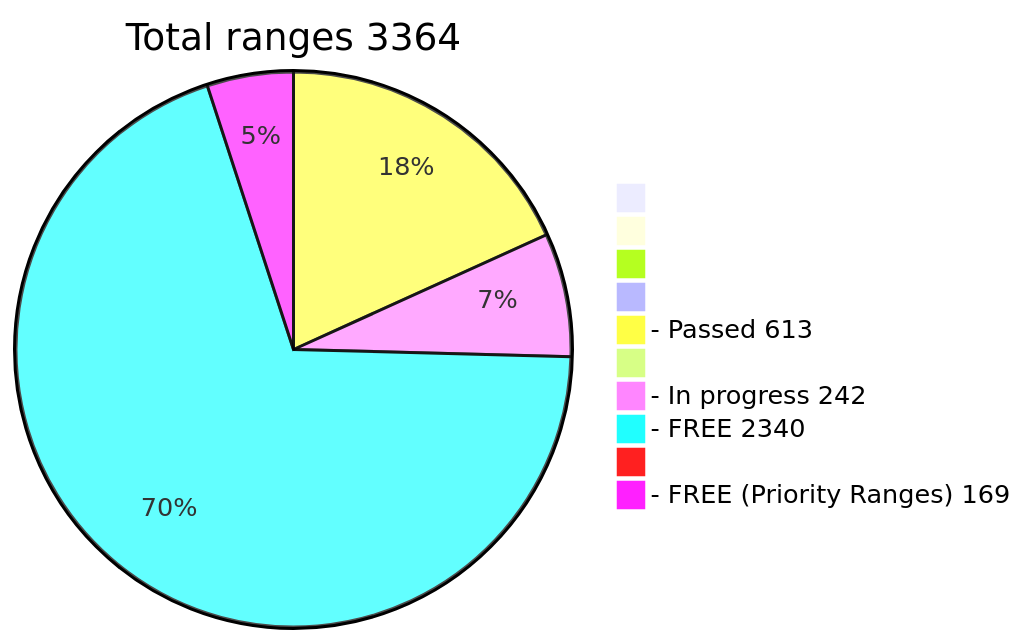
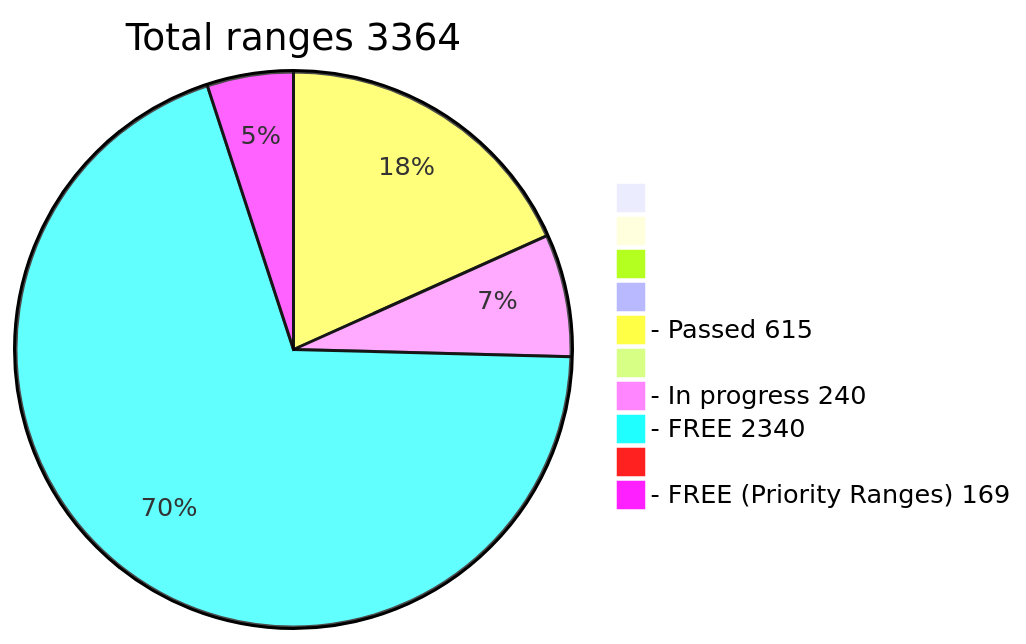
The diagram in README.md (phrutis/wif500), drawn with Mermaid before and after one commit.

````diff
--- a/README.md
+++ b/README.md
@@ -16,13 +16,13 @@
 ```mermaid
 pie title Total ranges 3364
              " " : 0
             "  " : 0
            "   " : 0
           "    " : 0
-  "- Passed 613" : 613
+  "- Passed 615" : 615
          "     " : 0
-  "- In progress 242" : 242
+  "- In progress 240" : 240
    "- FREE 2340" : 2340
         "      " : 0
   "- FREE (Priority Ranges) 169" : 169
 ```
````
